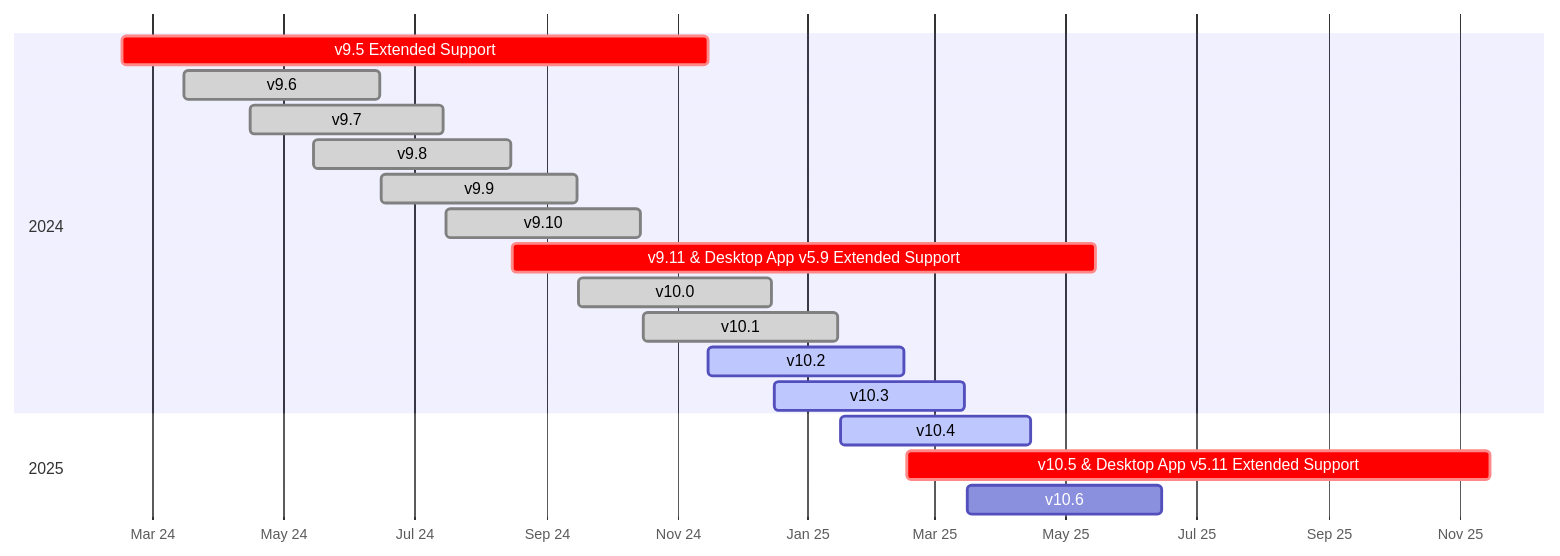
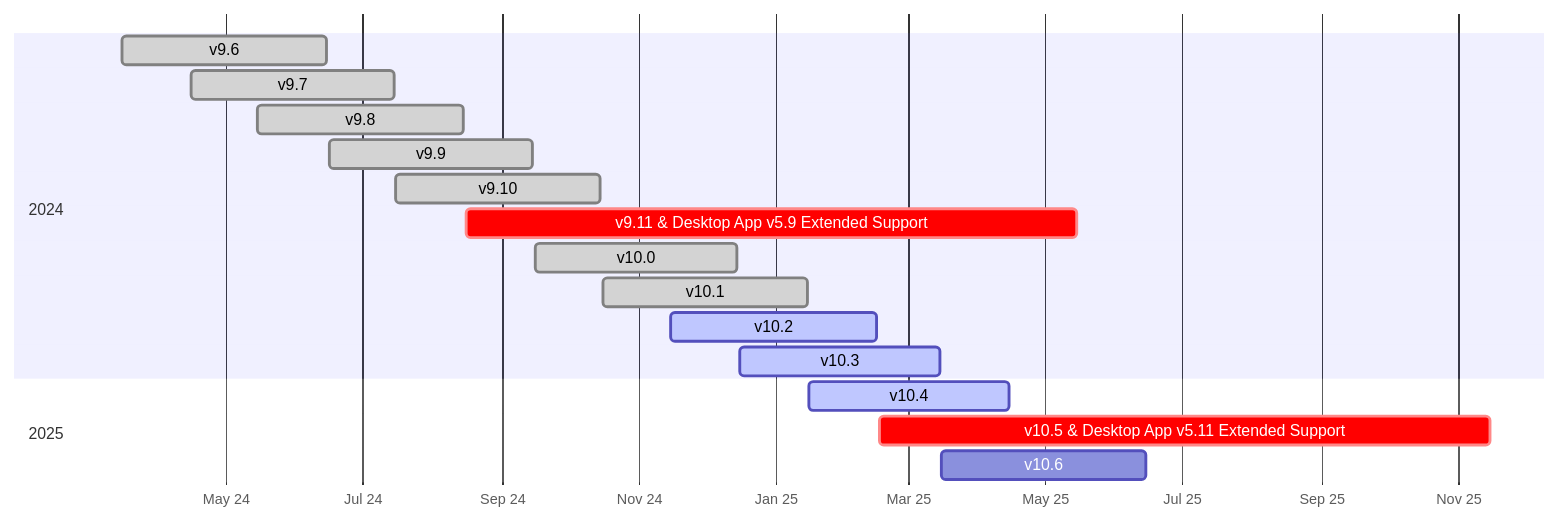
Before and after one commit to mattermost/docs: the diagram in source/about/release-policy.md, drawn with Mermaid.

````diff
--- a/source/about/release-policy.md
+++ b/source/about/release-policy.md
@@ -48,25 +48,24 @@
 ```{mermaid}
 
 gantt
     dateFormat  YYYY-MM-DD
     axisFormat  %b %y
     tickInterval 2month
     
     section 2024
-    v9.5 Extended Support  :crit,    2024-02-16, 2024-11-15
     v9.6                   :done,  2024-03-16, 2024-06-15
     v9.7                   :done,  2024-04-16, 2024-07-15
     v9.8                   :done,  2024-05-15, 2024-08-15
     v9.9                   :done,  2024-06-16, 2024-09-15
     v9.10                  :done,  2024-07-16, 2024-10-15
     v9.11 & Desktop App v5.9 Extended Support :crit,    2024-08-16, 2025-05-15
     v10.0                  :done,    2024-09-16, 2024-12-15
     v10.1                  :done,    2024-10-16, 2025-01-15
     v10.2                  :active,  2024-11-15, 2025-02-15
     v10.3                  :active,  2024-12-16, 2025-03-15
 
     section 2025
     v10.4                  :active,  2025-01-16, 2025-04-15
     v10.5 & Desktop App v5.11 Extended Support :crit,    2025-02-16, 2025-11-15
     v10.6                  :upcoming, 2025-03-16, 2025-06-15
 ```
````
